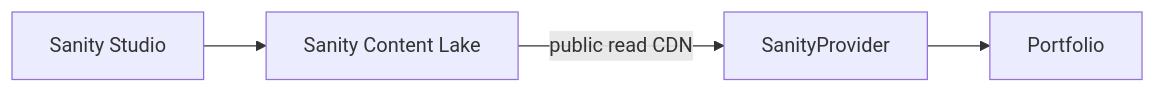
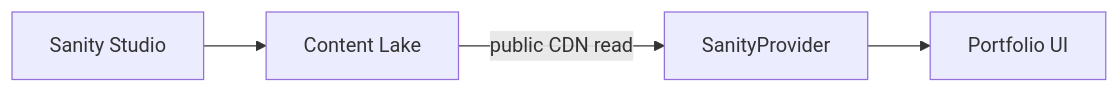
One commit to SidheshwarSarangal/portfoionew changed the sixth of 9 diagrams in docs/CONTENT_PROVIDERS.md. Above: the diagram before and after it, drawn with Mermaid. The commit also changed other lines of this file and 8 other files, not shown here.

````diff
--- a/docs/CONTENT_PROVIDERS.md
+++ b/docs/CONTENT_PROVIDERS.md
@@ -145,6 +97,6 @@
 ```mermaid
 flowchart LR
-  Studio[Sanity Studio] --> Lake[Sanity Content Lake]
-  Lake -->|public read CDN| Adapter[SanityProvider]
-  Adapter --> UI[Portfolio]
+  Studio[Sanity Studio] --> Lake[Content Lake]
+  Lake -->|public CDN read| Adapter[SanityProvider]
+  Adapter --> UI[Portfolio UI]
 ```
````
